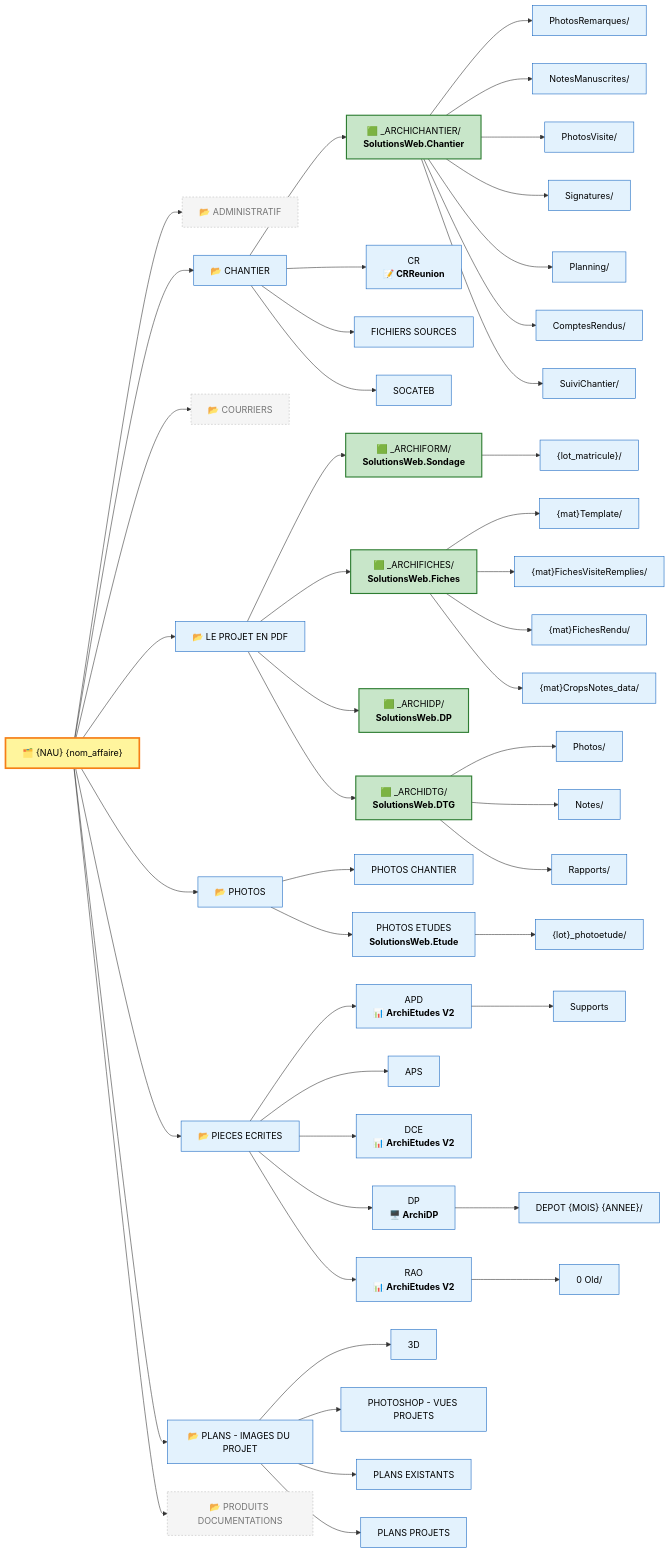
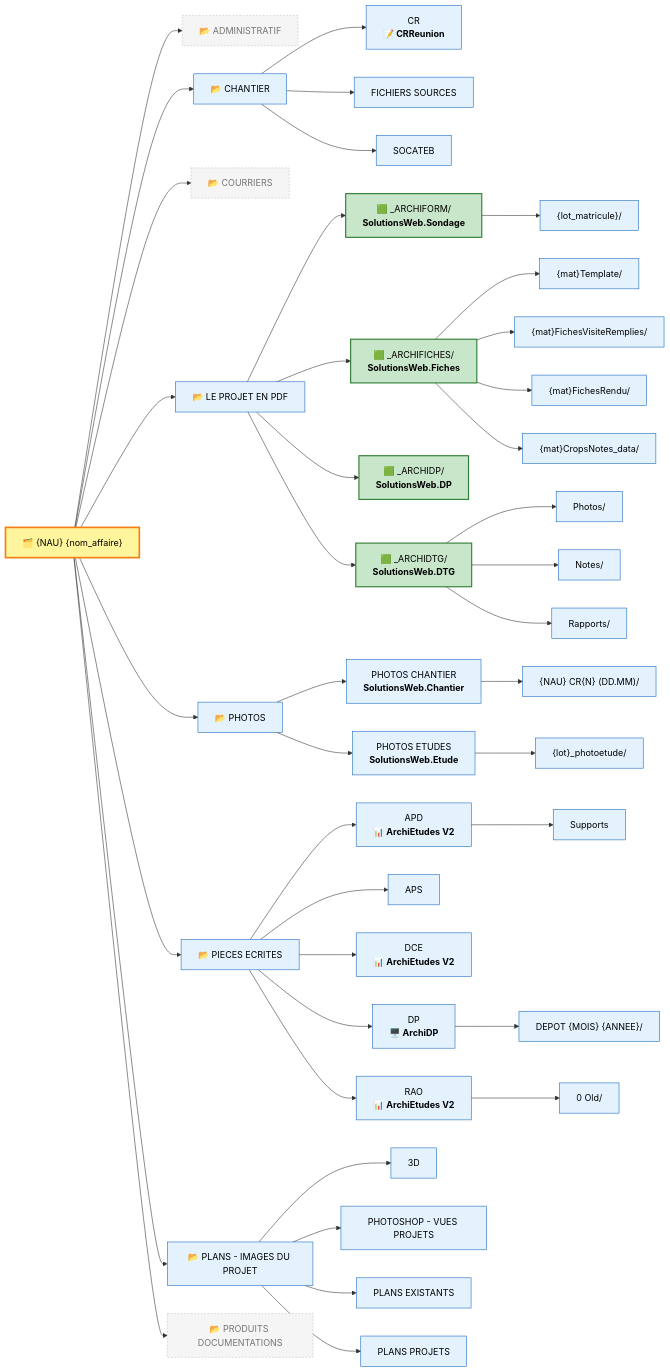
Before and after one commit to ArchiGestionV2/.github: the second of 3 diagrams in profile/README.md, drawn with Mermaid. The commit also changed other lines of this file, not shown here.

Commit message:
docs: migration photos chantier vers arborescence native, suppression planning PDF et signatures

````diff
--- a/profile/README.md
+++ b/profile/README.md
@@ -146,64 +146,57 @@
 ```mermaid
 flowchart LR
     classDef root fill:#FFF59D,stroke:#F57F17,stroke-width:3px,color:#000
     classDef folder fill:#E3F2FD,stroke:#1565C0,color:#000
     classDef instance fill:#C8E6C9,stroke:#2E7D32,stroke-width:2px,color:#000
     classDef empty fill:#F5F5F5,stroke:#BDBDBD,stroke-dasharray:3 3,color:#757575
 
     ROOT["🗂️ {NAU} {nom_affaire}"]:::root
 
     ROOT --> ADMIN["📂 ADMINISTRATIF"]:::empty
     ROOT --> CHANTIER["📂 CHANTIER"]:::folder
     ROOT --> COURRIERS["📂 COURRIERS"]:::empty
     ROOT --> PRJPDF["📂 LE PROJET EN PDF"]:::folder
     ROOT --> PHOTOS["📂 PHOTOS"]:::folder
     ROOT --> PE["📂 PIECES ECRITES"]:::folder
     ROOT --> PLANS["📂 PLANS - IMAGES DU PROJET"]:::folder
     ROOT --> PRODUITS["📂 PRODUITS DOCUMENTATIONS"]:::empty
 
-    CHANTIER --> ARCHI_CH["🟩 _ARCHICHANTIER/<br/><b>SolutionsWeb.Chantier</b>"]:::instance
     CHANTIER --> CR["CR<br/><b>📝 CRReunion</b>"]:::folder
     CHANTIER --> FS["FICHIERS SOURCES"]:::folder
     CHANTIER --> SOC["SOCATEB"]:::folder
-
-    ARCHI_CH --> ACH_PH["PhotosRemarques/"]:::folder
-    ARCHI_CH --> ACH_NM["NotesManuscrites/"]:::folder
-    ARCHI_CH --> ACH_VIS["PhotosVisite/"]:::folder
-    ARCHI_CH --> ACH_SIG["Signatures/"]:::folder
-    ARCHI_CH --> ACH_PL["Planning/"]:::folder
-    ARCHI_CH --> ACH_CR["ComptesRendus/"]:::folder
-    ARCHI_CH --> ACH_SUI["SuiviChantier/"]:::folder
 
     PRJPDF --> ARCHI_FM["🟩 _ARCHIFORM/<br/><b>SolutionsWeb.Sondage</b>"]:::instance
     PRJPDF --> ARCHI_FI["🟩 _ARCHIFICHES/<br/><b>SolutionsWeb.Fiches</b>"]:::instance
     PRJPDF --> ARCHI_DP["🟩 _ARCHIDP/<br/><b>SolutionsWeb.DP</b>"]:::instance
     PRJPDF --> ARCHI_DTG["🟩 _ARCHIDTG/<br/><b>SolutionsWeb.DTG</b>"]:::instance
 
     ARCHI_FM --> AFM_LOT["{lot_matricule}/"]:::folder
     ARCHI_FI --> AFI_TPL["{mat}Template/"]:::folder
     ARCHI_FI --> AFI_FVR["{mat}FichesVisiteRemplies/"]:::folder
     ARCHI_FI --> AFI_RND["{mat}FichesRendu/"]:::folder
     ARCHI_FI --> AFI_CRP["{mat}CropsNotes_data/"]:::folder
     ARCHI_DTG --> ADTG_PH["Photos/"]:::folder
     ARCHI_DTG --> ADTG_NT["Notes/"]:::folder
     ARCHI_DTG --> ADTG_RP["Rapports/"]:::folder
 
-    PHOTOS --> PHCHAN["PHOTOS CHANTIER"]:::folder
+    PHOTOS --> PHCHAN["PHOTOS CHANTIER<br/><b>SolutionsWeb.Chantier</b>"]:::folder
     PHOTOS --> PHET["PHOTOS ETUDES<br/><b>SolutionsWeb.Etude</b>"]:::folder
+
+    PHCHAN --> PHCR["{NAU} CR{N} (DD.MM)/"]:::folder
 
     PE --> APD["APD<br/><b>📊 ArchiEtudes V2</b>"]:::folder
     PE --> APS["APS"]:::folder
     PE --> DCE["DCE<br/><b>📊 ArchiEtudes V2</b>"]:::folder
     PE --> DP["DP<br/><b>🖥️ ArchiDP</b>"]:::folder
     PE --> RAO["RAO<br/><b>📊 ArchiEtudes V2</b>"]:::folder
 
     PLANS --> PL3D["3D"]:::folder
     PLANS --> PLPS["PHOTOSHOP - VUES PROJETS"]:::folder
     PLANS --> PLEX["PLANS EXISTANTS"]:::folder
     PLANS --> PLPR["PLANS PROJETS"]:::folder
 
     PHET --> PHET_LOT["{lot}_photoetude/"]:::folder
     APD --> APD_SUPPORTS["Supports"]:::folder
     DP --> DP_DEPOT["DEPOT {MOIS} {ANNEE}/"]:::folder
     RAO --> RAO_OLD["0 Old/"]:::folder
 ```
````
